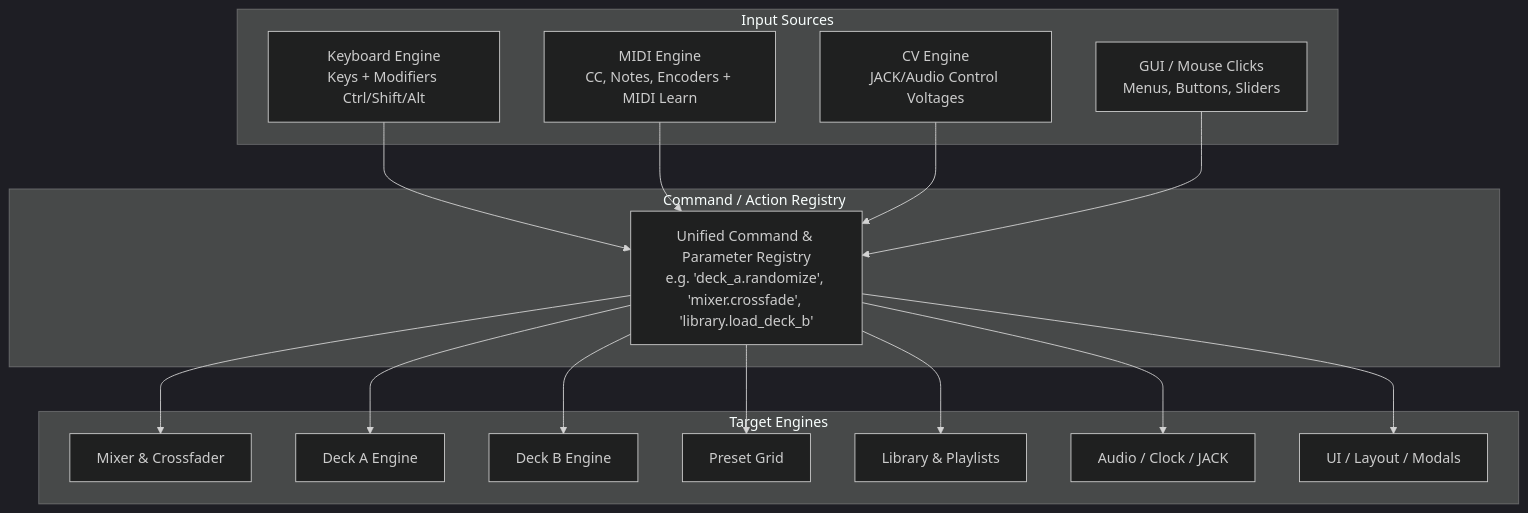
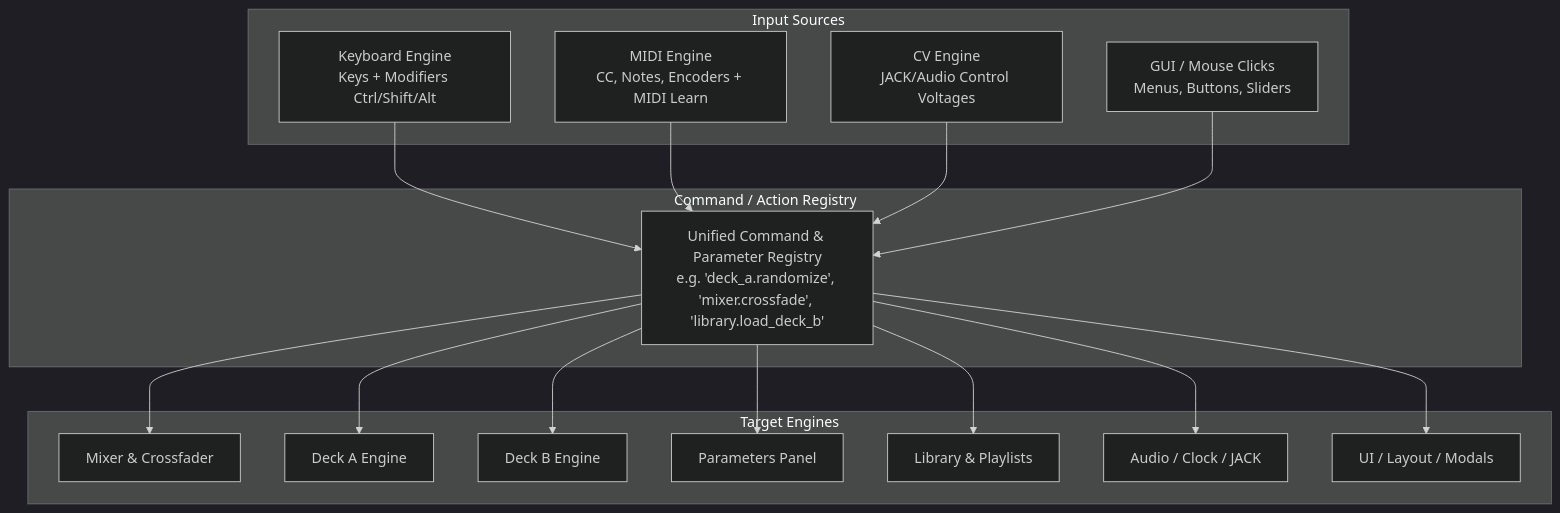
Before and after one commit to greenjon/liquid-lsd: the diagram in docs/developer/unified_control_mapping.md, drawn with Mermaid (dark theme). The commit also changed other lines of this file and 54 other files, not shown here.

````diff
--- a/docs/developer/unified_control_mapping.md
+++ b/docs/developer/unified_control_mapping.md
@@ -23,36 +23,36 @@
 ```mermaid
 graph TD
     subgraph Input Sources
         KB[Keyboard Engine<br/>Keys + Modifiers Ctrl/Shift/Alt]
         MIDI[MIDI Engine<br/>CC, Notes, Encoders + MIDI Learn]
         CV[CV Engine<br/>JACK/Audio Control Voltages]
         Mouse[GUI / Mouse Clicks<br/>Menus, Buttons, Sliders]
     end
 
     subgraph Command / Action Registry
         Reg[Unified Command & Parameter Registry<br/>e.g. 'deck_a.randomize', 'mixer.crossfade', 'library.load_deck_b']
     end
 
     subgraph Target Engines
         Mixer[Mixer & Crossfader]
         DeckA[Deck A Engine]
         DeckB[Deck B Engine]
-        Grid[Preset Grid]
+        Grid[Parameters Panel]
         Lib[Library & Playlists]
         Audio[Audio / Clock / JACK]
         UI[UI / Layout / Modals]
     end
 
     KB --> Reg
     MIDI --> Reg
     CV --> Reg
     Mouse --> Reg
 
     Reg --> Mixer
     Reg --> DeckA
     Reg --> DeckB
     Reg --> Grid
     Reg --> Lib
     Reg --> Audio
     Reg --> UI
 ```
````
